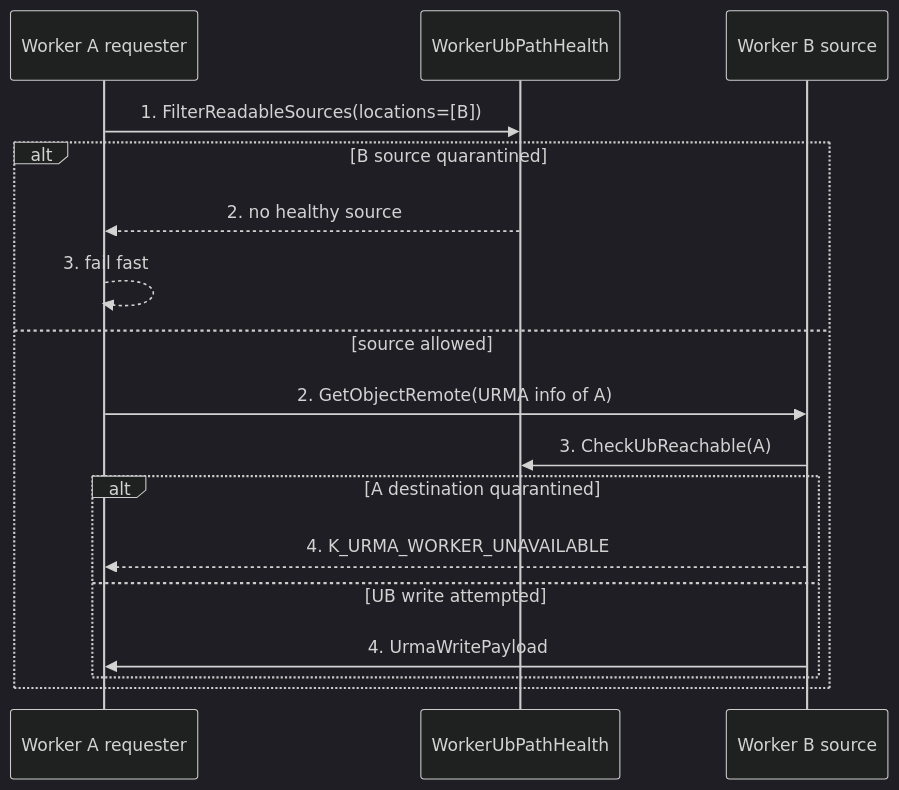
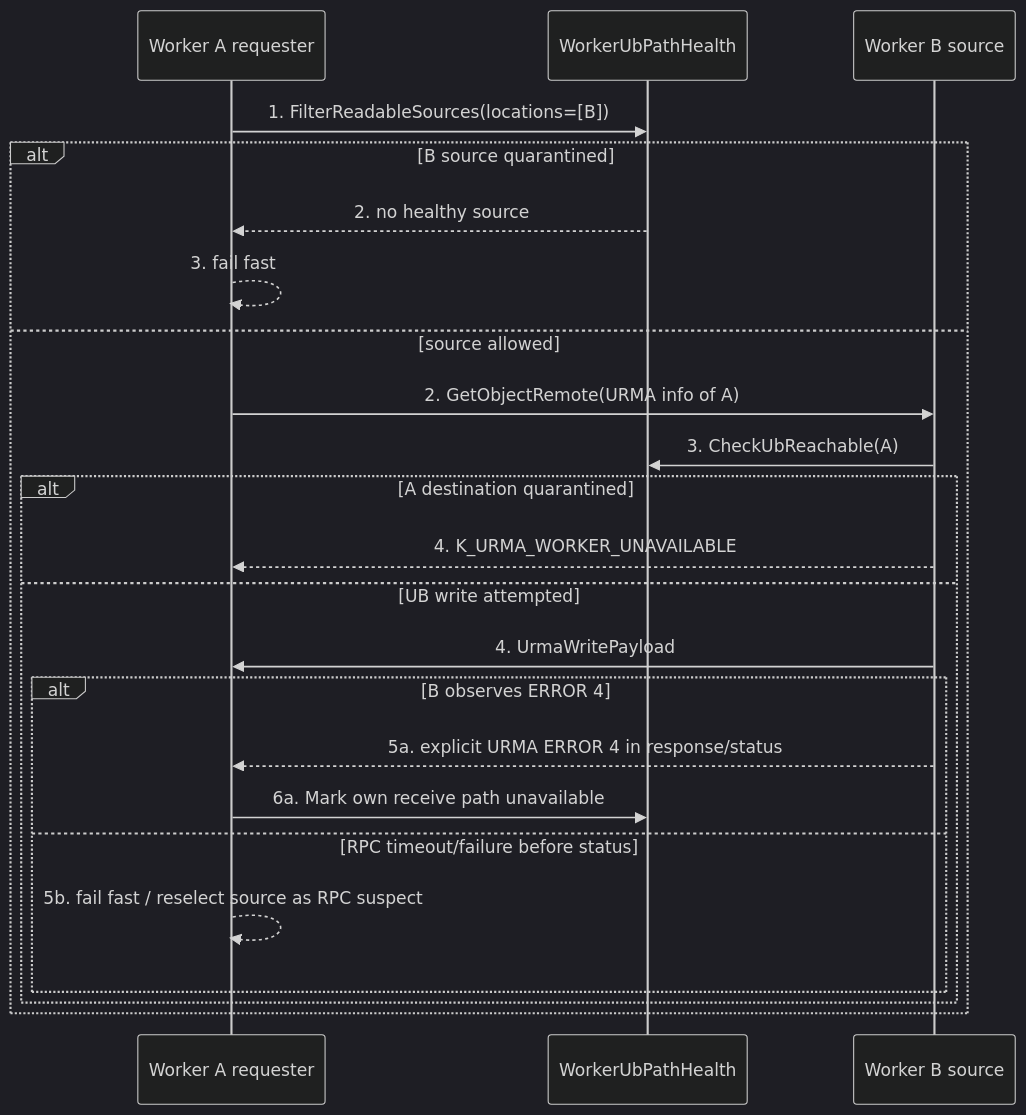
The fourth of 14 diagrams in rfc/2026-07-12-ub-data-plane-quarantine/design-and-story.md (CheYulin/yuanrong-datasystem-agent-workbench), drawn with Mermaid (dark theme) before and after one commit. The commit also changed other lines of this file and 2 other files, not shown here.

Commit message:
docs(rfc): clarify URMA write observation boundary

````diff
--- a/rfc/2026-07-12-ub-data-plane-quarantine/design-and-story.md
+++ b/rfc/2026-07-12-ub-data-plane-quarantine/design-and-story.md
@@ -294,19 +298,25 @@
 ```mermaid
 sequenceDiagram
     participant A as Worker A requester
     participant H as WorkerUbPathHealth
     participant B as Worker B source
     A->>H: 1. FilterReadableSources(locations=[B])
     alt B source quarantined
         H-->>A: 2. no healthy source
         A-->>A: 3. fail fast
     else source allowed
         A->>B: 2. GetObjectRemote(URMA info of A)
         B->>H: 3. CheckUbReachable(A)
         alt A destination quarantined
             B-->>A: 4. K_URMA_WORKER_UNAVAILABLE
         else UB write attempted
             B->>A: 4. UrmaWritePayload
+            alt B observes ERROR 4
+                B-->>A: 5a. explicit URMA ERROR 4 in response/status
+                A->>H: 6a. Mark own receive path unavailable
+            else RPC timeout/failure before status
+                A-->>A: 5b. fail fast / reselect source as RPC suspect
+            end
         end
     end
 ```
````
